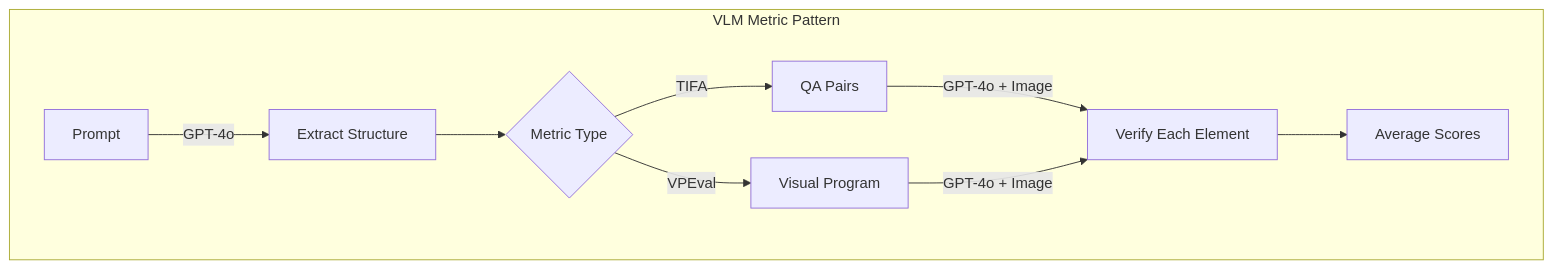
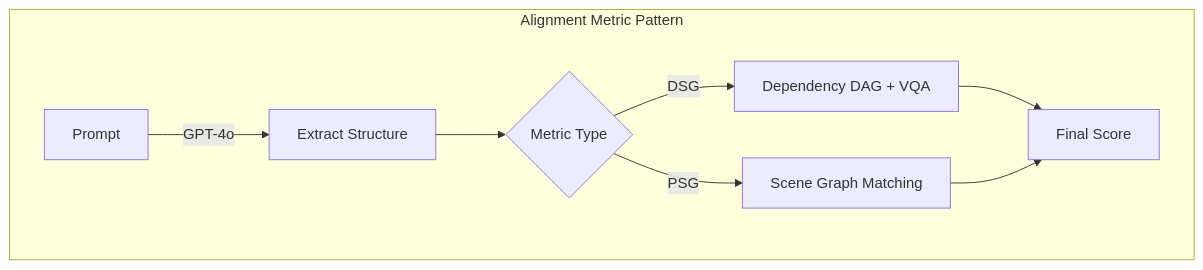
The fourth of 7 diagrams in TechnicalDocs/MetricsSystem.md (hshujuan/text_to_image_grader), drawn with Mermaid before and after one commit. The commit also changed other lines of this file and 3 other files, not shown here.

````diff
--- a/TechnicalDocs/MetricsSystem.md
+++ b/TechnicalDocs/MetricsSystem.md
@@ -190,12 +182,11 @@
 ```mermaid
 flowchart TD
-    subgraph "VLM Metric Pattern"
+    subgraph "Alignment Metric Pattern"
         A[Prompt] -->|GPT-4o| B[Extract Structure]
         B --> C{Metric Type}
-        C -->|TIFA| D[QA Pairs]
-        C -->|VPEval| G[Visual Program]
+        C -->|DSG| D[Dependency DAG + VQA]
+        C -->|PSG| E[Scene Graph Matching]
         
-        D & G -->|GPT-4o + Image| H[Verify Each Element]
-        H --> I[Average Scores]
+        D & E --> F[Final Score]
     end
 ```
````
